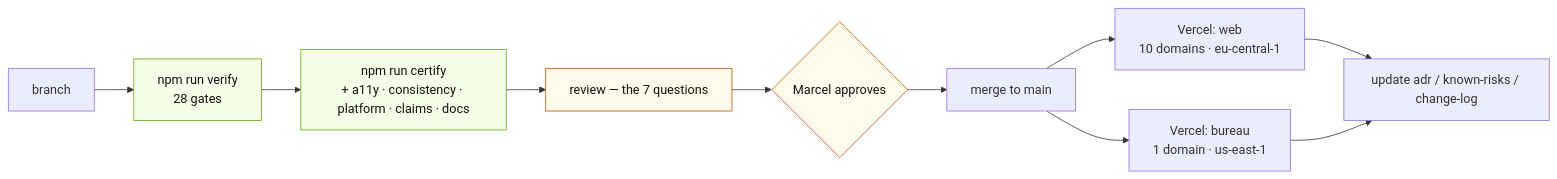
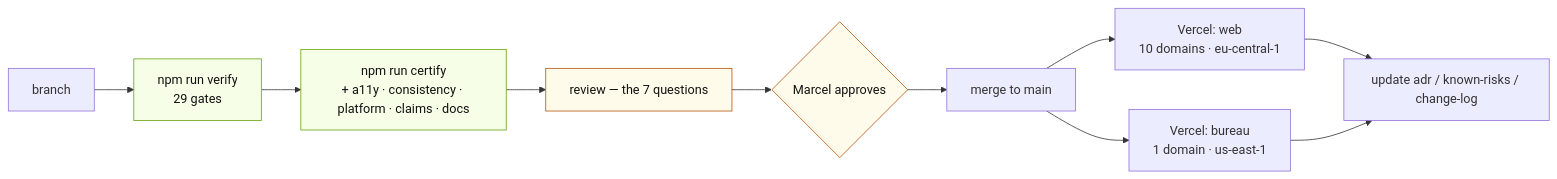
The eighth of 10 diagrams in docs/architecture/diagrams.md (buddy1974/maxpromo.digital), drawn with Mermaid before and after one commit. The commit also changed 40 other files, not shown here.

````diff
--- a/docs/architecture/diagrams.md
+++ b/docs/architecture/diagrams.md
@@ -276,19 +276,19 @@
 ```mermaid
 flowchart LR
-  BR["branch"] --> V["npm run verify<br/>28 gates"]
+  BR["branch"] --> V["npm run verify<br/>29 gates"]
   V --> C["npm run certify<br/>+ a11y · consistency · platform · claims · docs"]
   C --> REV["review — the 7 questions"]
   REV --> APP{"Marcel approves"}
   APP --> MERGE["merge to main"]
 
   MERGE --> VW["Vercel: web<br/>10 domains · eu-central-1"]
   MERGE --> VB["Vercel: bureau<br/>1 domain · us-east-1"]
 
   VW --> DOC["update adr / known-risks / change-log"]
   VB --> DOC
 
   classDef gate fill:#F7FEE7,stroke:#65A30D,color:#111111
   classDef human fill:#FFFBEB,stroke:#B45309,color:#111111
   class V,C gate
   class REV,APP human
 ```
````
